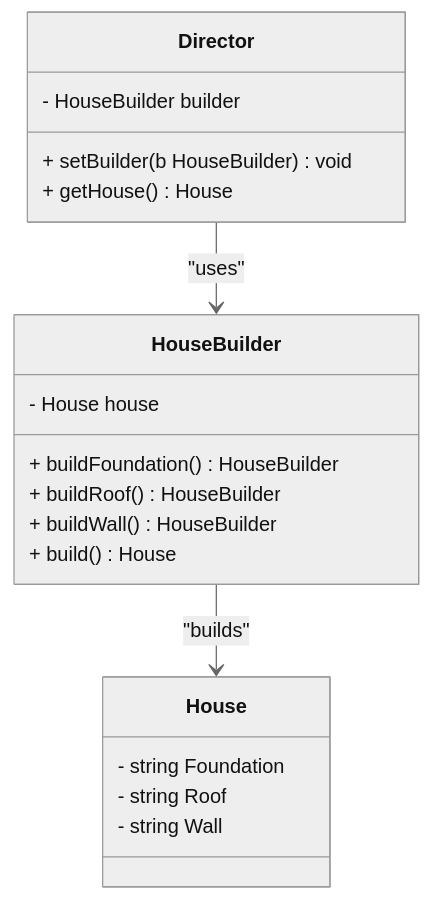
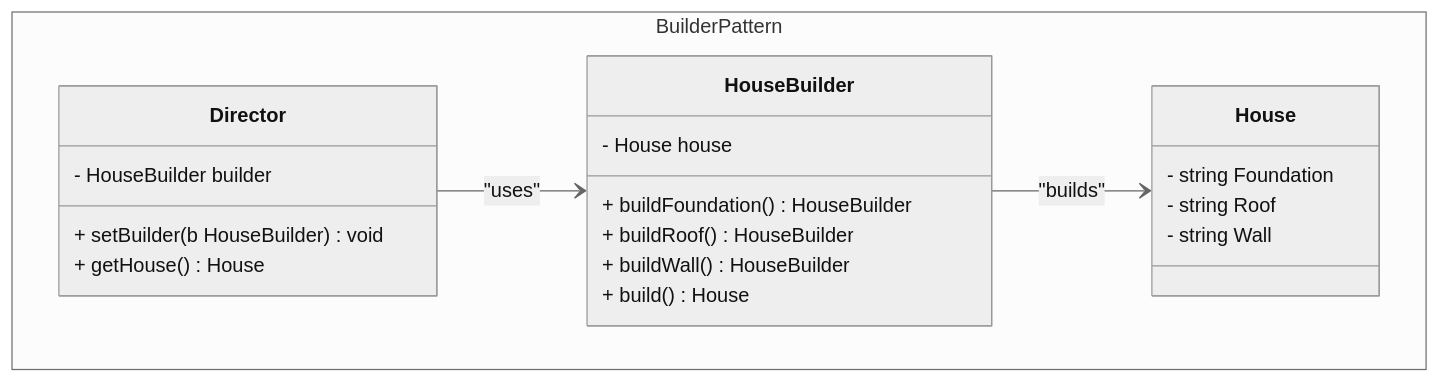
One commit to akhiltn/design-patterns-golang changed the third of 5 diagrams in README.md. Above: the diagram before and after it, drawn with Mermaid (neutral theme). The commit also changed other lines of this file and 7 other files, not shown here.

Commit message:
structural patter and mermaid cosmetic

````diff
--- a/README.md
+++ b/README.md
@@ -41,25 +47,28 @@
 ```mermaid
 classDiagram
+
+    Director --> HouseBuilder : "uses"
+    HouseBuilder --> House : "builds"
+
+namespace BuilderPattern{
     class House {
         - string Foundation
         - string Roof
         - string Wall
     }
 
     class HouseBuilder {
         - House house
         + buildFoundation() HouseBuilder
         + buildRoof() HouseBuilder
         + buildWall() HouseBuilder
         + build() House
     }
 
     class Director {
         - HouseBuilder builder
         + setBuilder(b HouseBuilder) void
         + getHouse() House
     }
-
-    Director --> HouseBuilder : "uses"
-    HouseBuilder --> House : "builds"
+}
 ```
````
